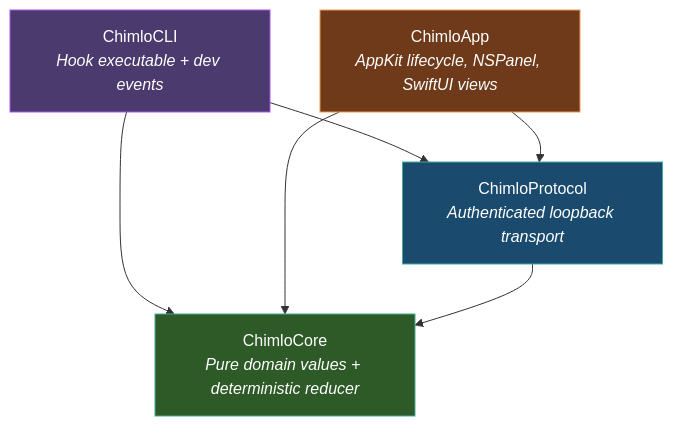
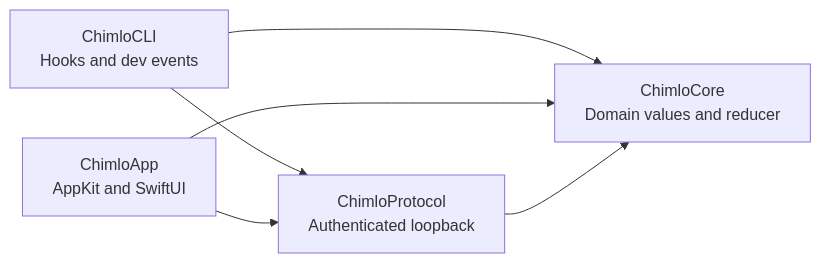
One commit to kraten/chimlo changed the diagram in README.md. Above: the diagram before and after it, drawn with Mermaid. The commit also changed other lines of this file and 1 other file, not shown here.

````diff
--- a/README.md
+++ b/README.md
@@ -110,18 +130,8 @@
 ```mermaid
-graph TB
-    CLI["ChimloCLI<br/><em>Hook executable + dev events</em>"]
-    App["ChimloApp<br/><em>AppKit lifecycle, NSPanel, SwiftUI views</em>"]
-    Proto["ChimloProtocol<br/><em>Authenticated loopback transport</em>"]
-    Core["ChimloCore<br/><em>Pure domain values + deterministic reducer</em>"]
-    
-    CLI --> Proto
-    CLI --> Core
-    App --> Proto
+flowchart LR
+    CLI["ChimloCLI<br/>Hooks and dev events"] --> Protocol["ChimloProtocol<br/>Authenticated loopback"]
+    App["ChimloApp<br/>AppKit and SwiftUI"] --> Protocol
+    CLI --> Core["ChimloCore<br/>Domain values and reducer"]
     App --> Core
-    Proto --> Core
-    
-    style Core fill:#2d5a27,stroke:#4a9,color:#fff
-    style Proto fill:#1a4a6e,stroke:#4a9,color:#fff
-    style App fill:#6e3a1a,stroke:#e95,color:#fff
-    style CLI fill:#4a3a6e,stroke:#a5e,color:#fff
+    Protocol --> Core
 ```
````
